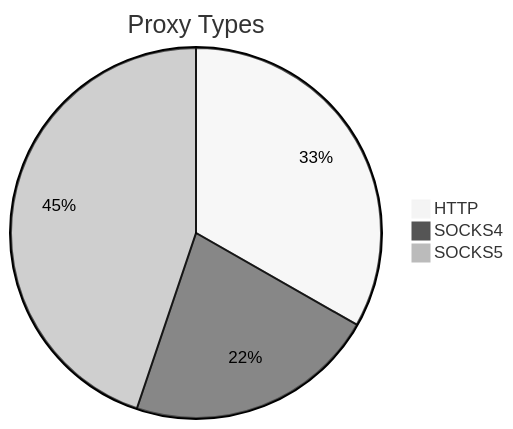
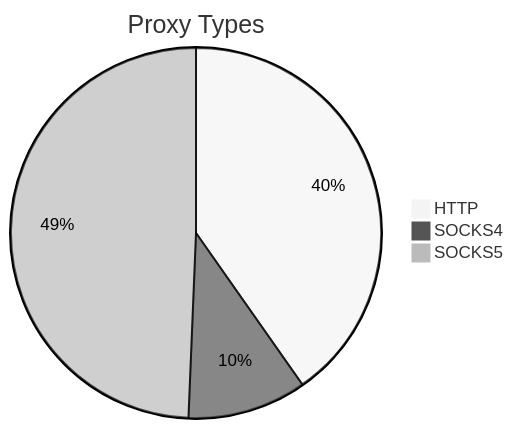
The first of 2 diagrams in README.md (stormsia/proxy-list), drawn with Mermaid (neutral theme) before and after one commit. The commit also changed other lines of this file, not shown here.

````diff
--- a/README.md
+++ b/README.md
@@ -21,6 +21,6 @@
 ```mermaid
 pie title Proxy Types
-    "HTTP" : 135
-    "SOCKS4" : 89
-    "SOCKS5" : 182
+    "HTTP" : 93
+    "SOCKS4" : 24
+    "SOCKS5" : 114
 ```
````
